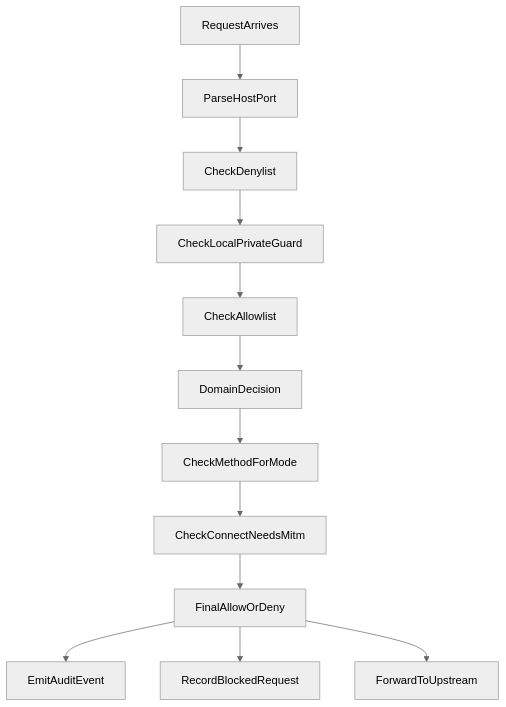
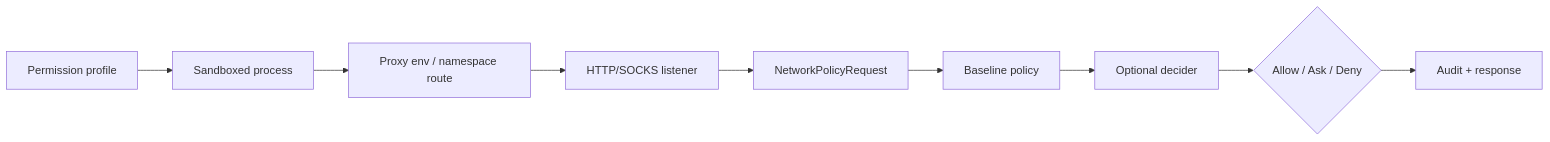
One commit to GLBB/codex-source-analysis changed the diagram in Part II Source Analysis/15-网络代理与策略.md. Above: the diagram before and after it, drawn with Mermaid. The commit also changed other lines of this file and 49 other files, not shown here.

````diff
--- a/Part II Source Analysis/15-网络代理与策略.md
+++ b/Part II Source Analysis/15-网络代理与策略.md
@@ -269,15 +14,11 @@
 ```mermaid
-%%{init:{'theme':'neutral','themeVariables':{'background':'#ffffff'}}}%%
-flowchart TD
-    ReqStart[RequestArrives] --> ParseHost[ParseHostPort]
-    ParseHost --> DenyFirst[CheckDenylist]
-    DenyFirst --> LocalGuard[CheckLocalPrivateGuard]
-    LocalGuard --> AllowCheck[CheckAllowlist]
-    AllowCheck --> DomainDecision[DomainDecision]
-    DomainDecision --> MethodGuard[CheckMethodForMode]
-    MethodGuard --> MitmGuard[CheckConnectNeedsMitm]
-    MitmGuard --> FinalDecision[FinalAllowOrDeny]
-    FinalDecision --> AuditEmit[EmitAuditEvent]
-    FinalDecision --> BlockRecord[RecordBlockedRequest]
-    FinalDecision --> ForwardUpstream[ForwardToUpstream]
+flowchart LR
+    P[Permission profile] --> S[Sandboxed process]
+    S --> E[Proxy env / namespace route]
+    E --> L[HTTP/SOCKS listener]
+    L --> R[NetworkPolicyRequest]
+    R --> B[Baseline policy]
+    B --> D[Optional decider]
+    D --> O{Allow / Ask / Deny}
+    O --> A[Audit + response]
 ```
````
